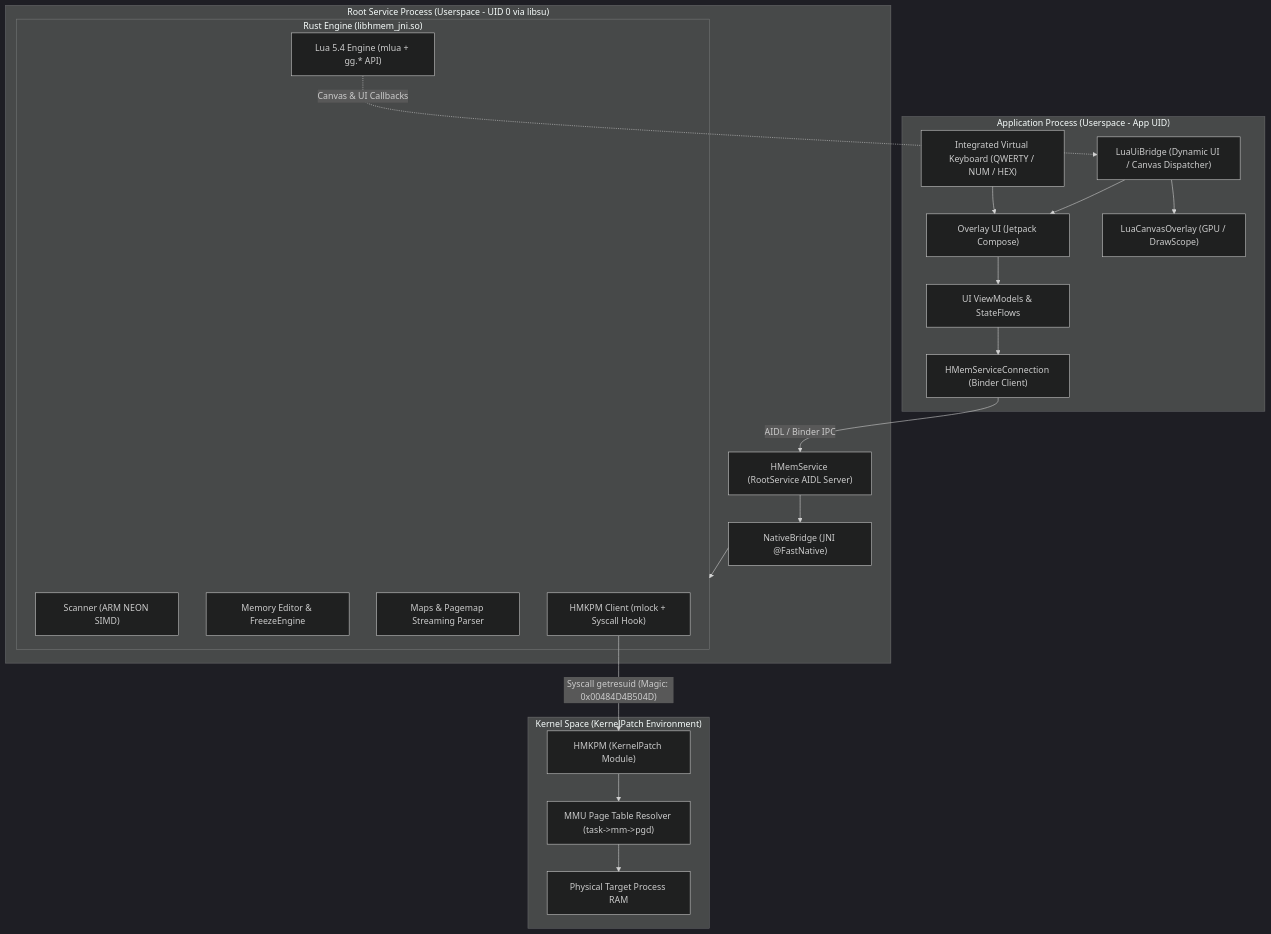
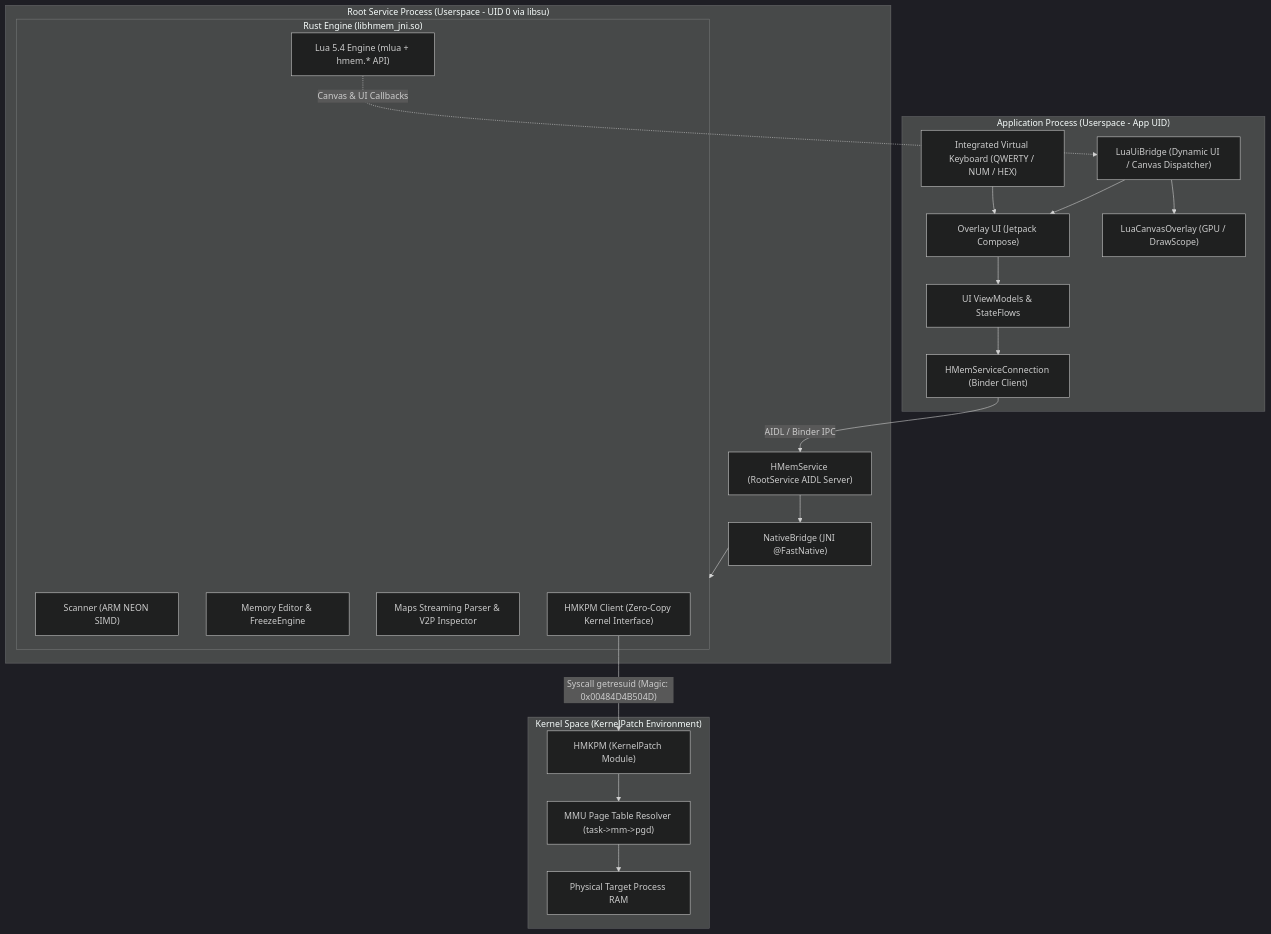
Before and after one commit to Yervant7/HuntMemory: the diagram in docs/architecture.md, drawn with Mermaid (dark theme). The commit also changed other lines of this file and 62 other files, not shown here.

````diff
--- a/docs/architecture.md
+++ b/docs/architecture.md
@@ -11,42 +11,42 @@
 ```mermaid
 graph TD
     subgraph App_Domain ["Application Process (Userspace - App UID)"]
         UI["Overlay UI (Jetpack Compose)"]
         VK["Integrated Virtual Keyboard (QWERTY / NUM / HEX)"]
         Canvas_UI["LuaCanvasOverlay (GPU / DrawScope)"]
         VM["UI ViewModels & StateFlows"]
         Bridge["LuaUiBridge (Dynamic UI / Canvas Dispatcher)"]
         IPC_Client["HMemServiceConnection (Binder Client)"]
     end
 
     subgraph Root_Domain ["Root Service Process (Userspace - UID 0 via libsu)"]
         RS["HMemService (RootService AIDL Server)"]
         NB["NativeBridge (JNI @FastNative)"]
         subgraph Rust_Engine ["Rust Engine (libhmem_jni.so)"]
             SCAN["Scanner (ARM NEON SIMD)"]
             EDIT["Memory Editor & FreezeEngine"]
-            SCRIPT["Lua 5.4 Engine (mlua + gg.* API)"]
-            MAPS["Maps & Pagemap Streaming Parser"]
-            KPMC["HMKPM Client (mlock + Syscall Hook)"]
+            SCRIPT["Lua 5.4 Engine (mlua + hmem.* API)"]
+            MAPS["Maps Streaming Parser & V2P Inspector"]
+            KPMC["HMKPM Client (Zero-Copy Kernel Interface)"]
         end
     end
 
     subgraph Kernel_Domain ["Kernel Space (KernelPatch Environment)"]
         KPM["HMKPM (KernelPatch Module)"]
         PGD["MMU Page Table Resolver (task->mm->pgd)"]
         PHYS_MEM["Physical Target Process RAM"]
     end
 
     UI --> VM
     VK --> UI
     VM --> IPC_Client
     IPC_Client -- "AIDL / Binder IPC" --> RS
     RS --> NB
     NB --> Rust_Engine
     SCRIPT -. "Canvas & UI Callbacks" .-> Bridge
     Bridge --> Canvas_UI
     Bridge --> UI
     KPMC -- "Syscall getresuid (Magic: 0x00484D4B504D)" --> KPM
     KPM --> PGD
     PGD --> PHYS_MEM
 ```
````
